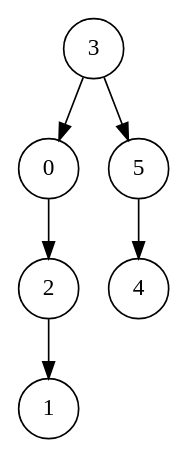
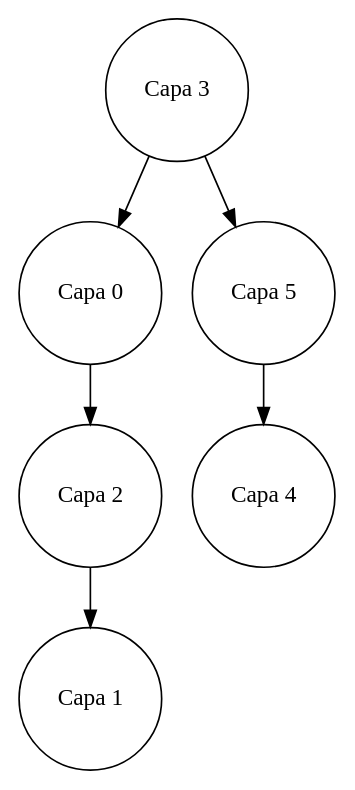
One commit to diegomazariegos2002/EDD_UDRAWING_FASE_202003975 changed the diagram in Fase 2/fase2_EDD/Clientes/Cliente_1/Capas/Arbol_ABB_Capas/Arbol_ABB_Capas.dot. Above: the diagram before and after it, drawn with Graphviz. The commit also changed 23 other files, not shown here.

```diff
--- a/Fase 2/fase2_EDD/Clientes/Cliente_1/Capas/Arbol_ABB_Capas/Arbol_ABB_Capas.dot
+++ b/Fase 2/fase2_EDD/Clientes/Cliente_1/Capas/Arbol_ABB_Capas/Arbol_ABB_Capas.dot
@@ -1,25 +1,25 @@
 digraph binaryTree { 
 node[shape = circle]; 
 
-Nodo1171157651[label = "3"];
+Nodo819280155[label = "Capa 3"];
 
-Nodo1171157651 -> Nodo1011593489; 
+Nodo819280155 -> Nodo267839849; 
 
-Nodo1171157651 -> Nodo1953442611; 
+Nodo819280155 -> Nodo605321854; 
 
-Nodo1011593489[label = "0"];
+Nodo267839849[label = "Capa 0"];
 
-Nodo1011593489 -> Nodo1297006477; 
+Nodo267839849 -> Nodo508647549; 
 
-Nodo1297006477[label = "2"];
+Nodo508647549[label = "Capa 2"];
 
-Nodo1297006477 -> Nodo65213943; 
+Nodo508647549 -> Nodo672666297; 
 
-Nodo65213943[label = "1"];
+Nodo672666297[label = "Capa 1"];
 
-Nodo1953442611[label = "5"];
+Nodo605321854[label = "Capa 5"];
 
-Nodo1953442611 -> Nodo1648488355; 
+Nodo605321854 -> Nodo278727538; 
 
-Nodo1648488355[label = "4"];
+Nodo278727538[label = "Capa 4"];
 }
```
